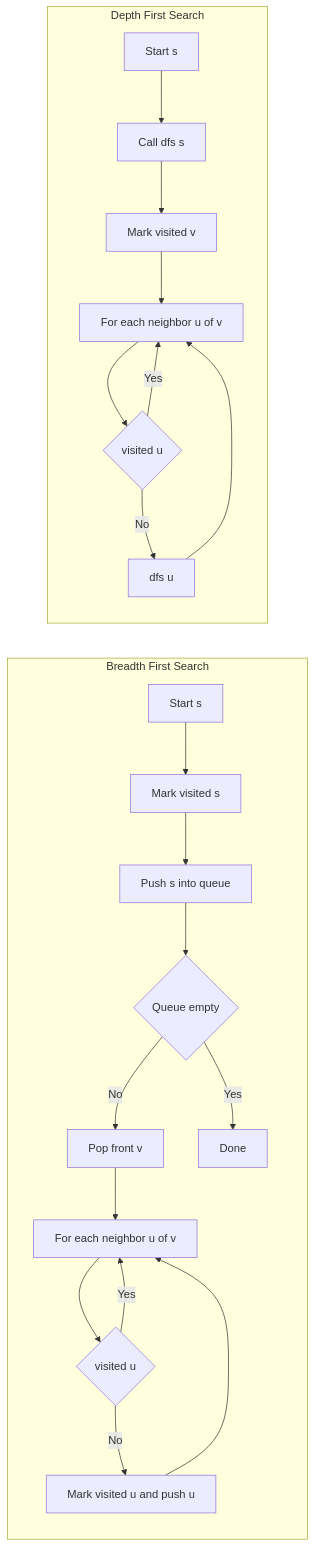
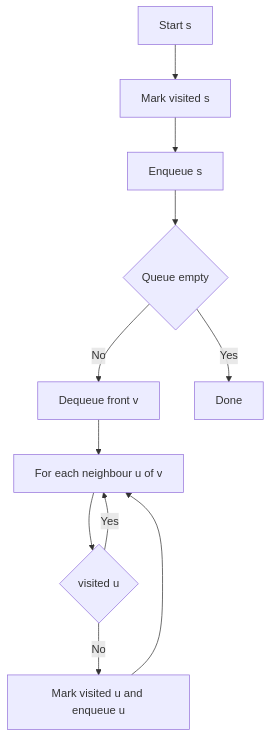
One commit to grafanaKibana/devbook.zip changed the first of 2 diagrams in Vault/Home/02 Computer Science/Algorithms/Search Algorithms/DFS BFS.md. Above: the diagram before and after it, drawn with Mermaid. The commit also changed other lines of this file and 20 other files, not shown here.

Commit message:
feature: add algorithm visualizations as steptrace cards across sorting, searching, and graph topics

````diff
--- a/Vault/Home/02 Computer Science/Algorithms/Search Algorithms/DFS BFS.md
+++ b/Vault/Home/02 Computer Science/Algorithms/Search Algorithms/DFS BFS.md
@@ -31,25 +29,13 @@
 ```mermaid
-graph LR
-  subgraph BFS[Breadth First Search]
-    B0[Start s] --> B1[Mark visited s]
-    B1 --> B2[Push s into queue]
-    B2 --> B3{Queue empty}
-    B3 -->|No| B4[Pop front v]
-    B4 --> B5[For each neighbor u of v]
-    B5 --> B6{visited u}
-    B6 -->|No| B7[Mark visited u and push u]
-    B6 -->|Yes| B5
-    B7 --> B5
-    B3 -->|Yes| B8[Done]
-  end
-
-  subgraph DFS[Depth First Search]
-    D0[Start s] --> D1[Call dfs s]
-    D1 --> D2[Mark visited v]
-    D2 --> D3[For each neighbor u of v]
-    D3 --> D4{visited u}
-    D4 -->|No| D5[dfs u]
-    D4 -->|Yes| D3
-    D5 --> D3
-  end
+graph TD
+  B0[Start s] --> B1[Mark visited s]
+  B1 --> B2[Enqueue s]
+  B2 --> B3{Queue empty}
+  B3 -->|No| B4[Dequeue front v]
+  B4 --> B5[For each neighbour u of v]
+  B5 --> B6{visited u}
+  B6 -->|No| B7[Mark visited u and enqueue u]
+  B6 -->|Yes| B5
+  B7 --> B5
+  B3 -->|Yes| B8[Done]
 ```
````
